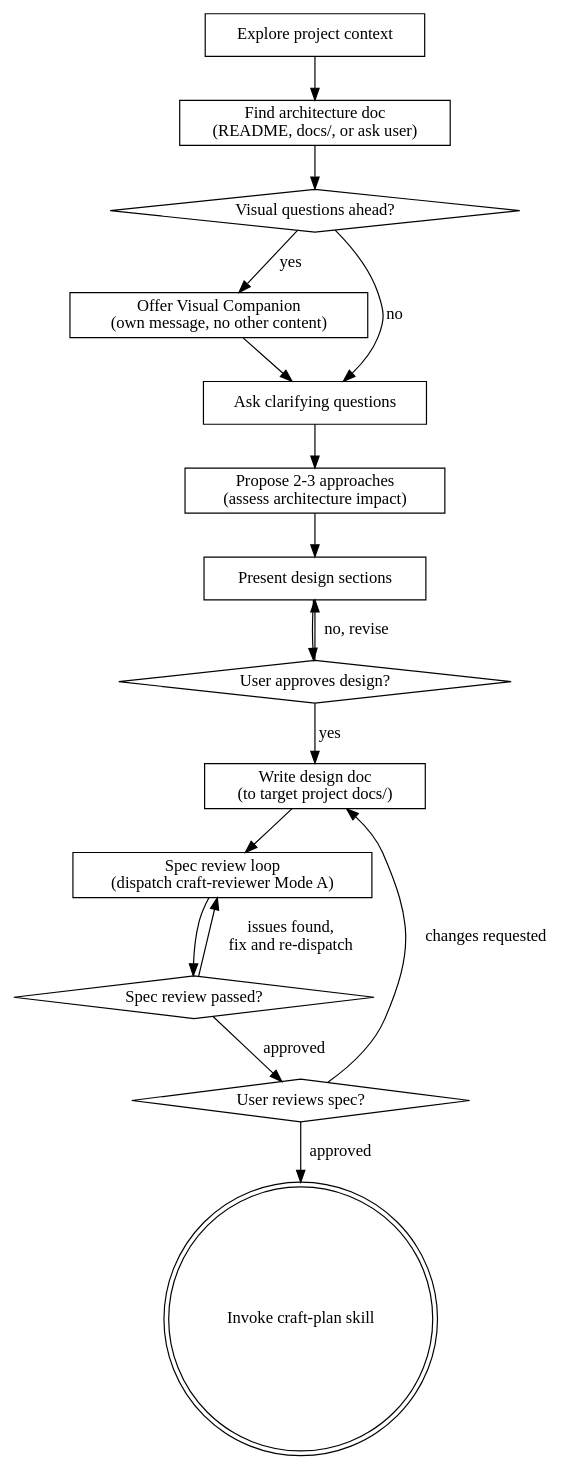
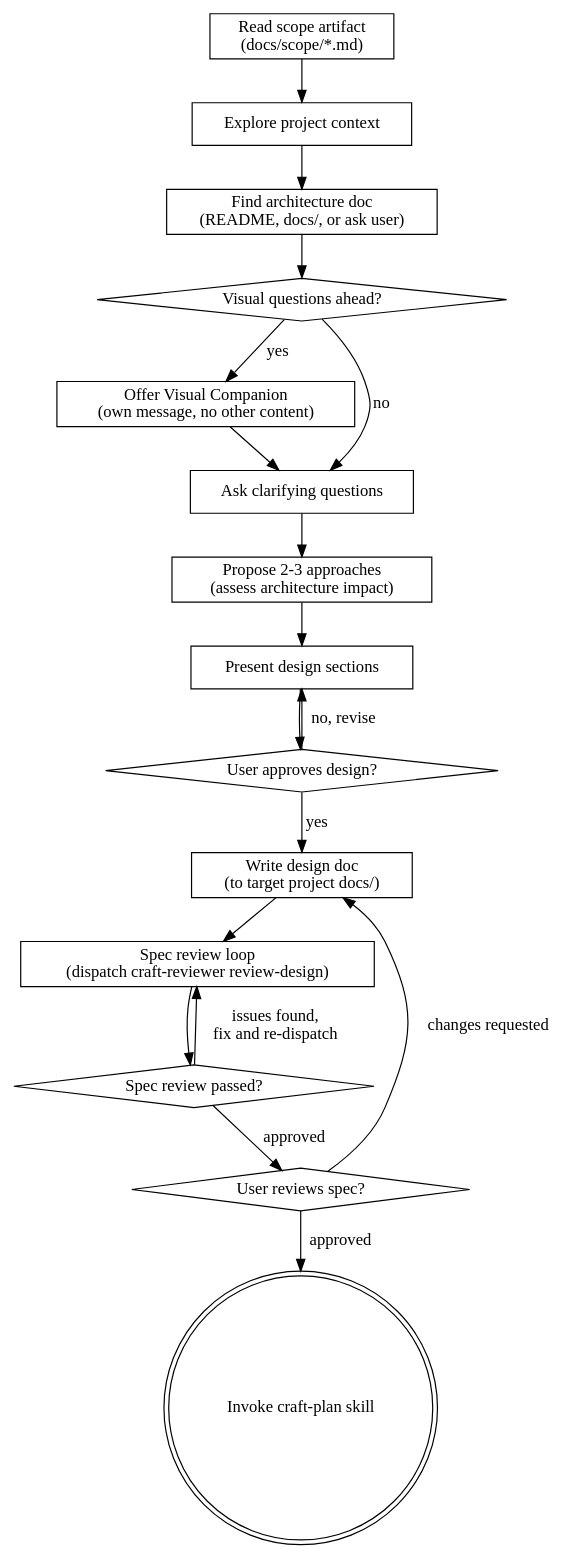
One commit to knotmark-ai/devmuse changed the diagram in skills/craft-design/SKILL.md. Above: the diagram before and after it, drawn with Graphviz. The commit also changed other lines of this file, not shown here.

Commit message:
feat: add scope artifact gate to craft-design, narrow to technical design only

````diff
--- a/skills/craft-design/SKILL.md
+++ b/skills/craft-design/SKILL.md
@@ -37,34 +42,36 @@
 ```dot
 digraph craft_design {
+    "Read scope artifact\n(docs/scope/*.md)" [shape=box];
     "Explore project context" [shape=box];
     "Find architecture doc\n(README, docs/, or ask user)" [shape=box];
     "Visual questions ahead?" [shape=diamond];
     "Offer Visual Companion\n(own message, no other content)" [shape=box];
     "Ask clarifying questions" [shape=box];
     "Propose 2-3 approaches\n(assess architecture impact)" [shape=box];
     "Present design sections" [shape=box];
     "User approves design?" [shape=diamond];
     "Write design doc\n(to target project docs/)" [shape=box];
-    "Spec review loop\n(dispatch craft-reviewer Mode A)" [shape=box];
+    "Spec review loop\n(dispatch craft-reviewer review-design)" [shape=box];
     "Spec review passed?" [shape=diamond];
     "User reviews spec?" [shape=diamond];
     "Invoke craft-plan skill" [shape=doublecircle];
 
+    "Read scope artifact\n(docs/scope/*.md)" -> "Explore project context";
     "Explore project context" -> "Find architecture doc\n(README, docs/, or ask user)";
     "Find architecture doc\n(README, docs/, or ask user)" -> "Visual questions ahead?";
     "Visual questions ahead?" -> "Offer Visual Companion\n(own message, no other content)" [label="yes"];
     "Visual questions ahead?" -> "Ask clarifying questions" [label="no"];
     "Offer Visual Companion\n(own message, no other content)" -> "Ask clarifying questions";
     "Ask clarifying questions" -> "Propose 2-3 approaches\n(assess architecture impact)";
     "Propose 2-3 approaches\n(assess architecture impact)" -> "Present design sections";
     "Present design sections" -> "User approves design?";
     "User approves design?" -> "Present design sections" [label="no, revise"];
     "User approves design?" -> "Write design doc\n(to target project docs/)" [label="yes"];
-    "Write design doc\n(to target project docs/)" -> "Spec review loop\n(dispatch craft-reviewer Mode A)";
-    "Spec review loop\n(dispatch craft-reviewer Mode A)" -> "Spec review passed?";
-    "Spec review passed?" -> "Spec review loop\n(dispatch craft-reviewer Mode A)" [label="issues found,\nfix and re-dispatch"];
+    "Write design doc\n(to target project docs/)" -> "Spec review loop\n(dispatch craft-reviewer review-design)";
+    "Spec review loop\n(dispatch craft-reviewer review-design)" -> "Spec review passed?";
+    "Spec review passed?" -> "Spec review loop\n(dispatch craft-reviewer review-design)" [label="issues found,\nfix and re-dispatch"];
     "Spec review passed?" -> "User reviews spec?" [label="approved"];
     "User reviews spec?" -> "Write design doc\n(to target project docs/)" [label="changes requested"];
     "User reviews spec?" -> "Invoke craft-plan skill" [label="approved"];
 }
 ```
````
